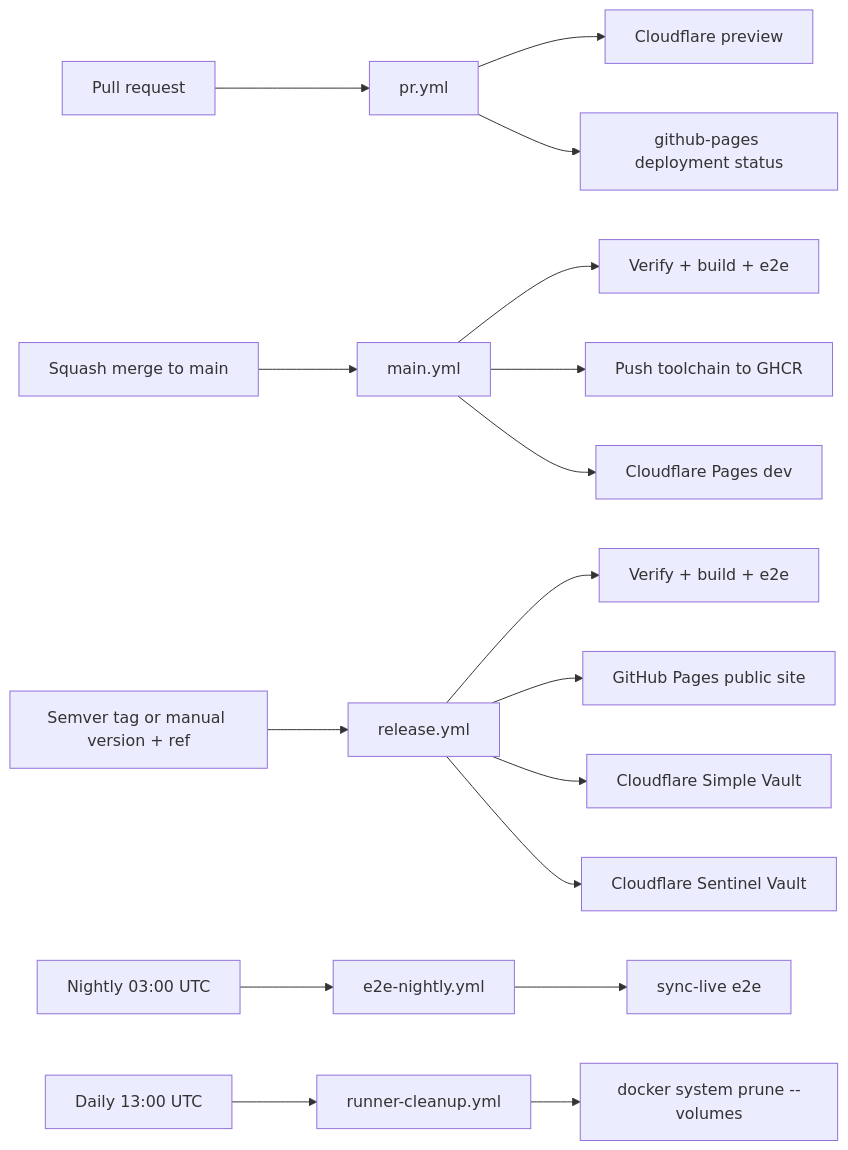
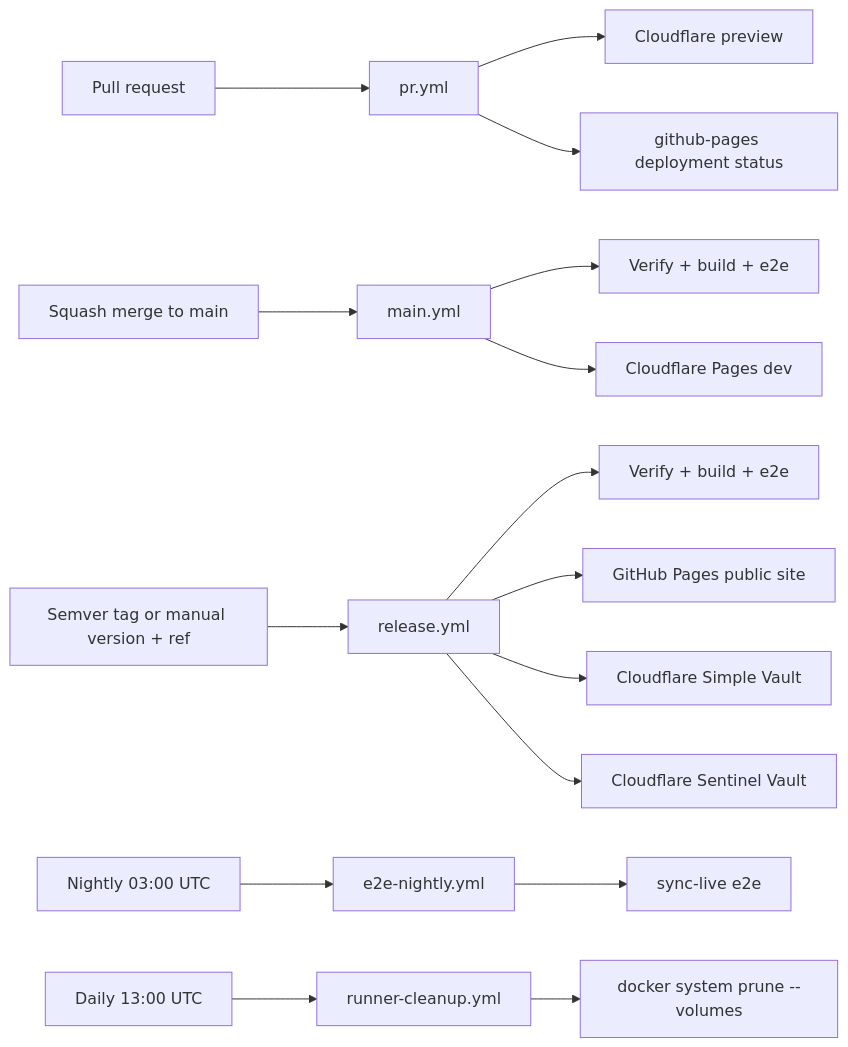
Before and after one commit to meta-secret/nook: the diagram in .cortex/workflows/ci-pipeline.md, drawn with Mermaid. The commit also changed other lines of this file and 25 other files, not shown here.

````diff
--- a/.cortex/workflows/ci-pipeline.md
+++ b/.cortex/workflows/ci-pipeline.md
@@ -17,23 +17,22 @@
 ```mermaid
 flowchart LR
   PR[Pull request] --> pr_yml[pr.yml]
   pr_yml --> preview[Cloudflare preview]
   pr_yml --> pr_deployment[github-pages deployment status]
 
   merge[Squash merge to main] --> main_yml[main.yml]
   main_yml --> main_verify[Verify + build + e2e]
-  main_yml --> toolchain_push[Push toolchain to GHCR]
   main_yml --> cf_dev[Cloudflare Pages dev]
 
   release[Semver tag or manual version + ref] --> release_yml[release.yml]
   release_yml --> release_verify[Verify + build + e2e]
   release_yml --> pages[GitHub Pages public site]
   release_yml --> simple_cf[Cloudflare Simple Vault]
   release_yml --> sentinel_cf[Cloudflare Sentinel Vault]
 
   cron[Nightly 03:00 UTC] --> nightly[e2e-nightly.yml]
   nightly --> e2e_live[sync-live e2e]
 
   cleanup_cron[Daily 13:00 UTC] --> cleanup[runner-cleanup.yml]
   cleanup --> docker_prune["docker system prune --volumes"]
 ```
````
